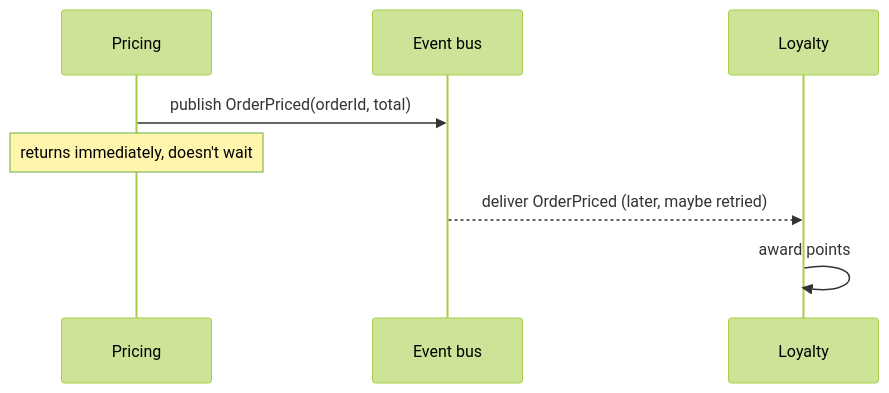
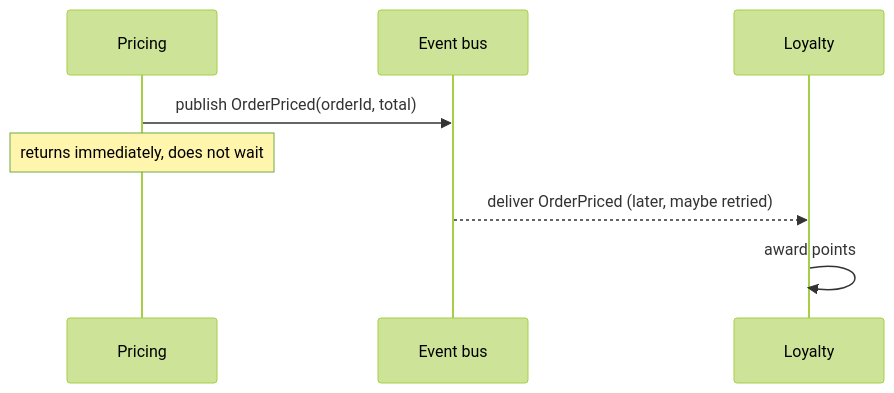
Before and after one commit to francoandreDev/knowledge: the sixth of 8 diagrams in src/content/architecture/architecture-styles/L2-concept.mdx, drawn with Mermaid (forest theme). The commit also changed other lines of this file and 16 other files, not shown here.

Commit message:
Migrate software-design closing units and architecture batch 1 (evolutionary-design, long-term-design-judgment, architecture-styles, domain-driven-design) to the three-tier exercise model

````diff
--- a/src/content/architecture/architecture-styles/L2-concept.mdx
+++ b/src/content/architecture/architecture-styles/L2-concept.mdx
@@ -150,10 +138,10 @@
 ```mermaid
 sequenceDiagram
     participant Pricing
     participant Bus as Event bus
     participant Loyalty
     Pricing->>Bus: publish OrderPriced(orderId, total)
-    Note over Pricing: returns immediately, doesn't wait
+    Note over Pricing: returns immediately, does not wait
     Bus-->>Loyalty: deliver OrderPriced (later, maybe retried)
     Loyalty->>Loyalty: award points
 ```
````
